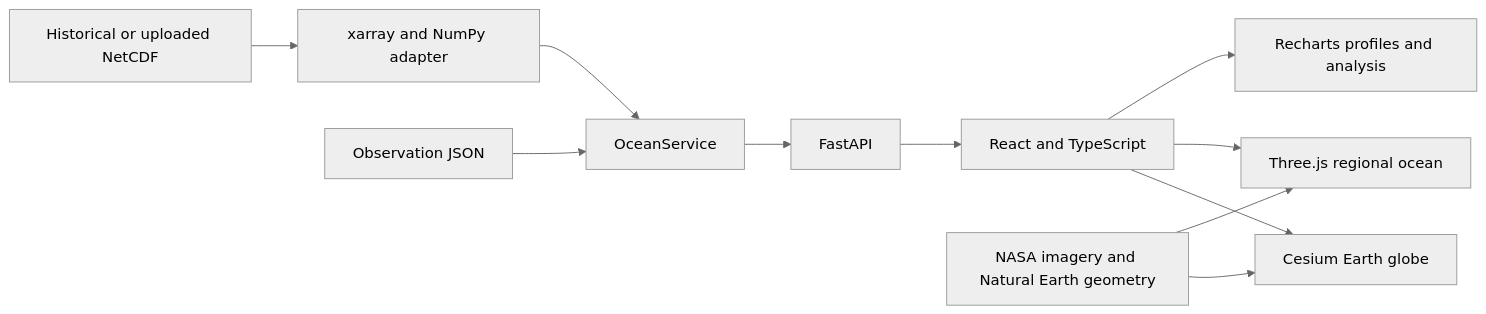
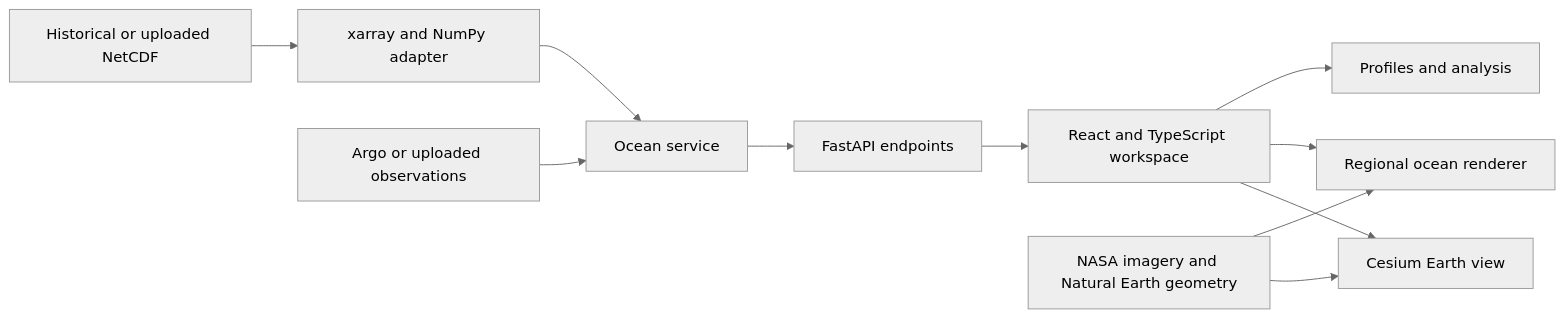
One commit to sidhesh0706/OceanTwin changed the diagram in README.md. Above: the diagram before and after it, drawn with Mermaid (neutral theme). The commit also changed other lines of this file and 1 other file, not shown here.

Commit message:
Polish SIH submission README and video script

````diff
--- a/README.md
+++ b/README.md
@@ -121,13 +95,13 @@
 ```mermaid
 flowchart LR
-    A[Historical or uploaded NetCDF] --> B[xarray and NumPy adapter]
-    O[Observation JSON] --> C[OceanService]
-    B --> C
-    C --> D[FastAPI]
-    D --> E[React and TypeScript]
-    E --> F[Cesium Earth globe]
-    E --> G[Three.js regional ocean]
-    E --> H[Recharts profiles and analysis]
-    I[NASA imagery and Natural Earth geometry] --> F
-    I --> G
+    N[Historical or uploaded NetCDF] --> A[xarray and NumPy adapter]
+    O[Argo or uploaded observations] --> S[Ocean service]
+    A --> S
+    S --> API[FastAPI endpoints]
+    API --> UI[React and TypeScript workspace]
+    UI --> G[Cesium Earth view]
+    UI --> R[Regional ocean renderer]
+    UI --> C[Profiles and analysis]
+    E[NASA imagery and Natural Earth geometry] --> G
+    E --> R
 ```
````
